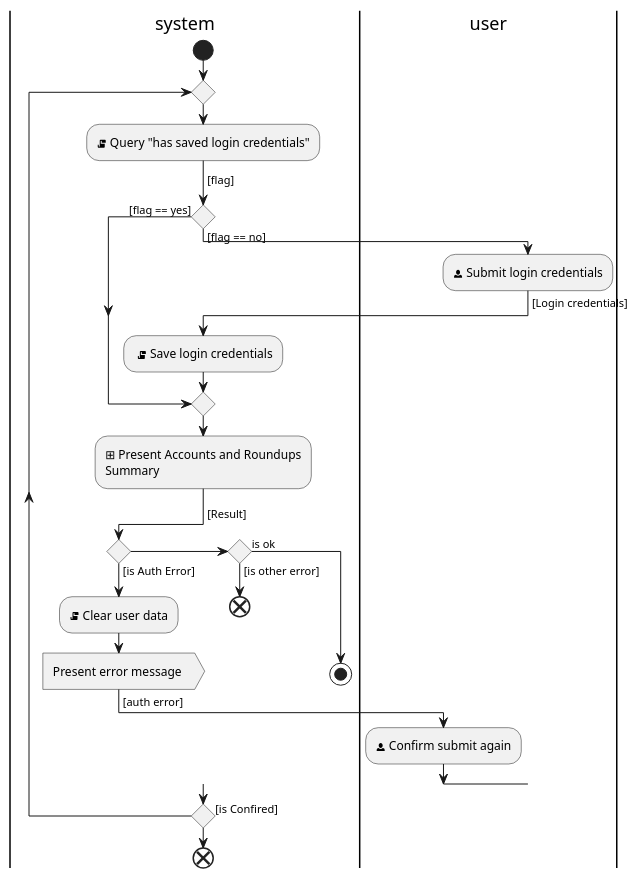
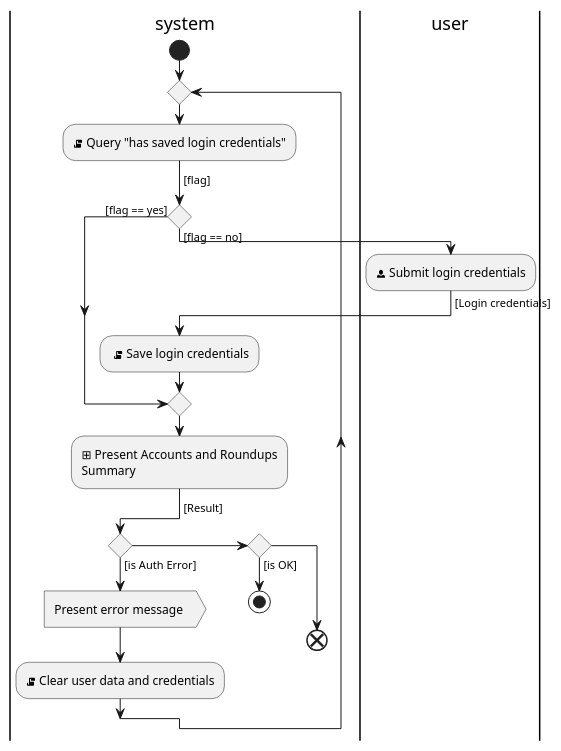
One commit to hristo-stefanov/MiniBankingDemo changed the diagram in diagrams/Startup Activity Diagram.puml. Above: the diagram before and after it, drawn with PlantUML.

Commit message:
Keep refining

```diff
--- a/diagrams/Startup Activity Diagram.puml
+++ b/diagrams/Startup Activity Diagram.puml
@@ -1,35 +1,29 @@
 @startuml
 'https://plantuml.com/activity-diagram-beta
 |system|
 start
-repeat
+while ()
 :<&script> Query "has saved login credentials";
 -> [flag];
 if () then ([flag == yes])
 else ([flag == no])
     |user|
     :<&person> Submit login credentials;
     -> [Login credentials];
     |system|
     : <&script> Save login credentials;
 endif
     :⊞ Present Accounts and Roundups
     Summary;
     -> [Result];
-
     if () then  ([is Auth Error])
-        :<&script> Clear user data;
         :Present error message >
-        -> [auth error];
-        |user|
-        :<&person> Confirm submit again;
-        |system|
-    elseif () then  ([is other error])
+        :<&script> Clear user data and credentials;
+    elseif () then ([is OK])
+        stop
+    else
         end
-    else (is ok)
-        stop
     endif
-    |system|
-repeat while () is ([is Confired])
-end
+end while
+-[hidden]->
 @enduml
```
